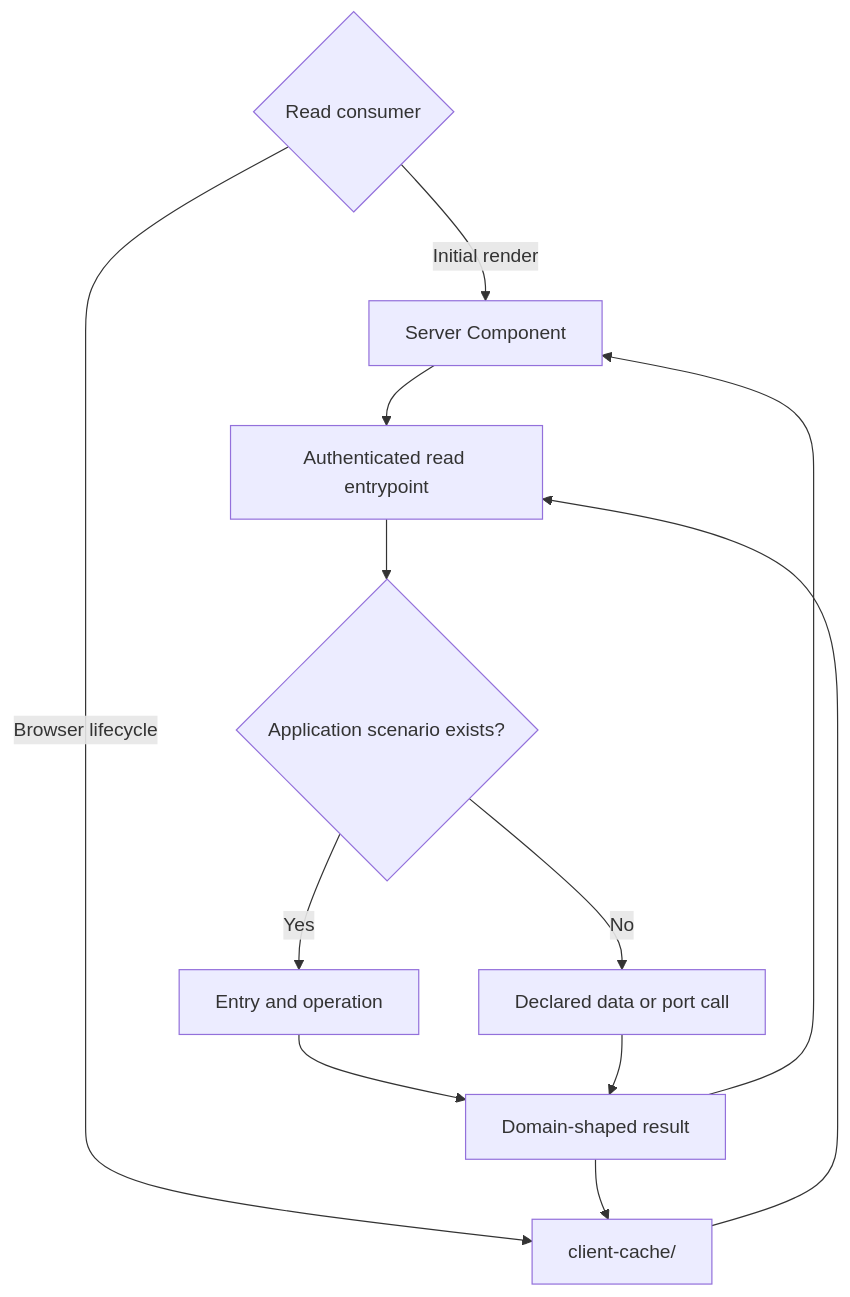
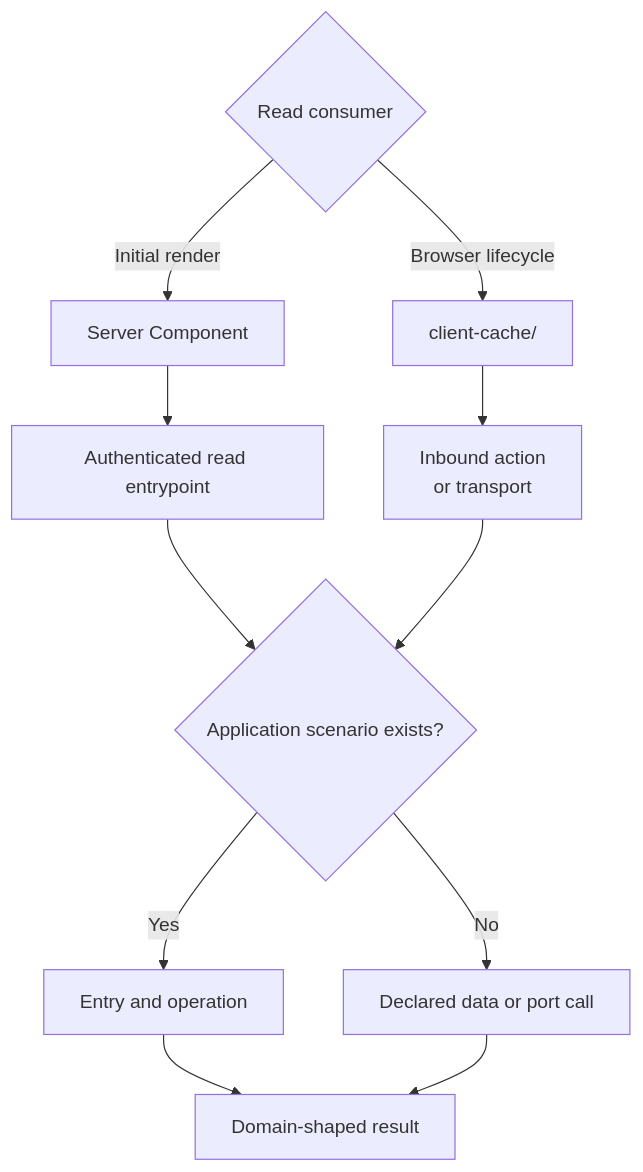
One commit to clicktronix/nextjs-clean-skills changed the third of 6 diagrams in docs/runtime-boundaries.md. Above: the diagram before and after it, drawn with Mermaid. The commit also changed other lines of this file and 15 other files, not shown here.

Commit message:
Fix architecture contract review findings

````diff
--- a/docs/runtime-boundaries.md
+++ b/docs/runtime-boundaries.md
@@ -79,16 +79,15 @@
 ```mermaid
 flowchart TB
   accTitle: Runtime read flow
-  accDescr: A server render or client cache calls an authenticated read entrypoint, which uses a declared operation only when application behaviour exists.
+  accDescr: A server render uses the server-only read layer while a client cache uses an inbound action or transport; both declare an operation only when application behaviour exists.
   Consumer{"Read consumer"} -->|Initial render| RSC["Server Component"]
   Consumer -->|Browser lifecycle| ClientCache["client-cache/"]
   RSC --> Read["Authenticated read entrypoint"]
-  ClientCache --> Read
+  ClientCache --> ClientInbound["Inbound action<br/>or transport"]
   Read --> Scenario{"Application scenario exists?"}
+  ClientInbound --> Scenario
   Scenario -->|Yes| Entry["Entry and operation"]
   Scenario -->|No| Direct["Declared data or port call"]
   Entry --> Result["Domain-shaped result"]
   Direct --> Result
-  Result --> RSC
-  Result --> ClientCache
 ```
````
